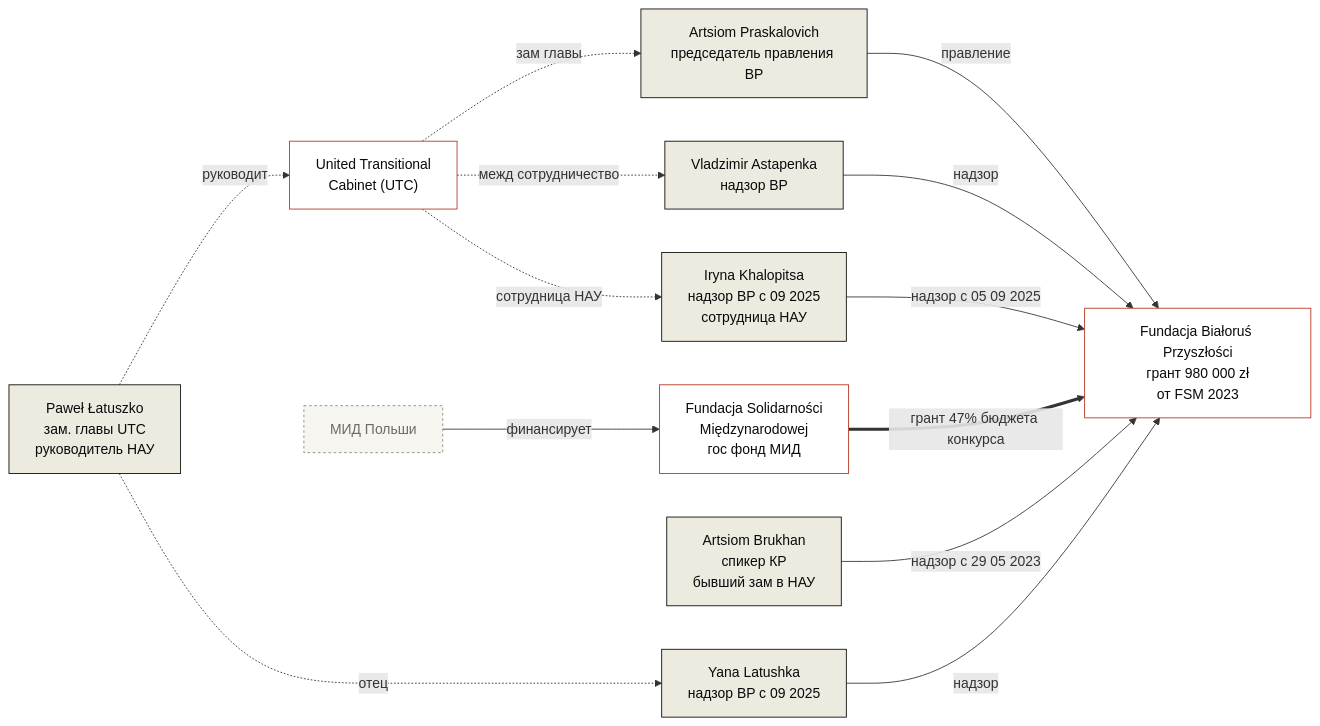
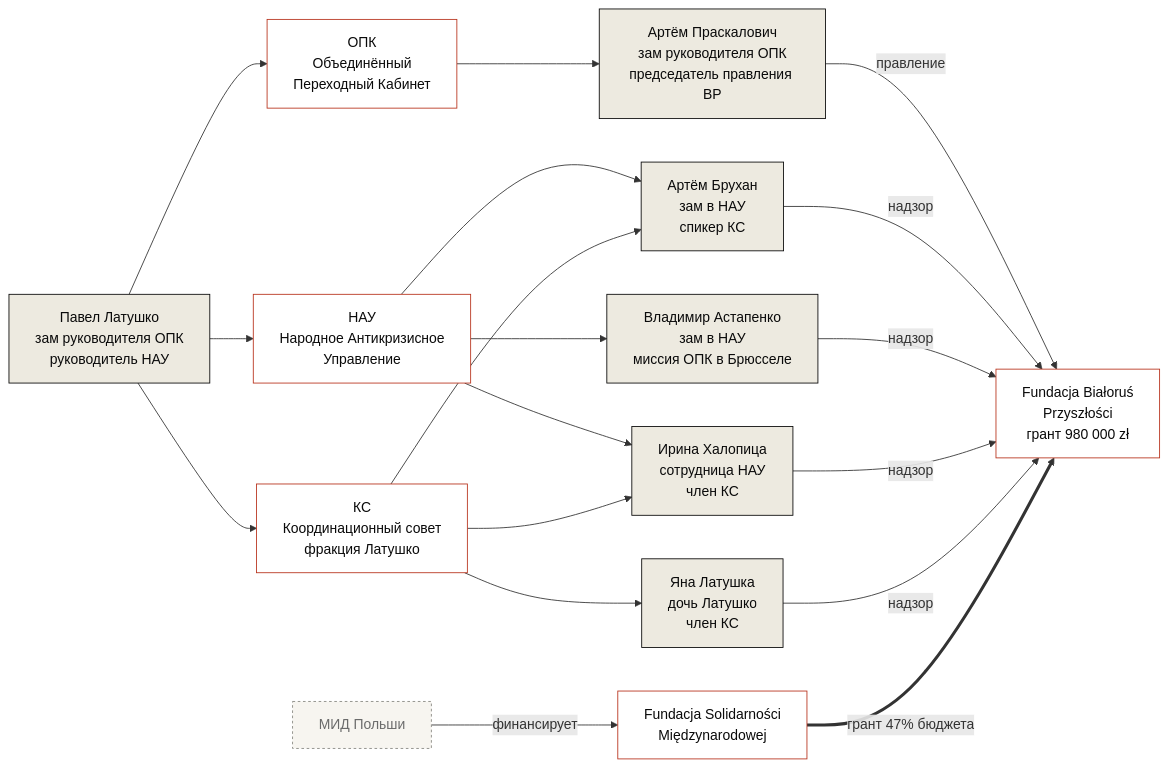
Before and after one commit to belarustransparency/belarus-transparency: the diagram in docs/ru/investigations/bialorus-przyszlosci-fsm.md, drawn with Mermaid. The commit also changed 2 other files, not shown here.

````diff
--- a/docs/ru/investigations/bialorus-przyszlosci-fsm.md
+++ b/docs/ru/investigations/bialorus-przyszlosci-fsm.md
@@ -163,34 +163,48 @@
 ```mermaid
 graph LR
-    PL["Paweł Łatuszko<br/>зам. главы UTC<br/>руководитель НАУ"]
-    OPK["United Transitional<br/>Cabinet (UTC)"]
-    BPZ["Fundacja Białoruś Przyszłości<br/>грант 980 000 zł<br/>от FSM 2023"]
-    FSM["Fundacja Solidarności<br/>Międzynarodowej<br/>гос фонд МИД"]
-    YL["Yana Latushka<br/>надзор BP с 09 2025"]
-    AP["Artsiom Praskalovich<br/>председатель правления BP"]
-    VA["Vladzimir Astapenka<br/>надзор BP"]
-    AB["Artsiom Brukhan<br/>спикер КР<br/>бывший зам в НАУ"]
-    IK["Iryna Khalopitsa<br/>надзор BP с 09 2025<br/>сотрудница НАУ"]
+    PL["Павел Латушко<br/>зам руководителя ОПК<br/>руководитель НАУ"]
+    NAU["НАУ<br/>Народное Антикризисное<br/>Управление"]
+    OPK["ОПК<br/>Объединённый<br/>Переходный Кабинет"]
+    KS["КС<br/>Координационный совет<br/>фракция Латушко"]
+
+    AP["Артём Праскалович<br/>зам руководителя ОПК<br/>председатель правления BP"]
+    AB["Артём Брухан<br/>зам в НАУ<br/>спикер КС"]
+    VA["Владимир Астапенко<br/>зам в НАУ<br/>миссия ОПК в Брюсселе"]
+    IK["Ирина Халопица<br/>сотрудница НАУ<br/>член КС"]
+    YL["Яна Латушка<br/>дочь Латушко<br/>член КС"]
+
+    BPZ["Fundacja Białoruś<br/>Przyszłości<br/>грант 980 000 zł"]
+    FSM["Fundacja Solidarności<br/>Międzynarodowej"]
     MSZ["МИД Польши"]
- 
-    PL -.руководит.-> OPK
-    PL -.отец.-> YL
-    OPK -.зам главы.-> AP
-    OPK -.межд сотрудничество.-> VA
-    OPK -.сотрудница НАУ.-> IK
+
+    PL --> NAU
+    PL --> OPK
+    PL --> KS
+
+    NAU --> AB
+    NAU --> VA
+    NAU --> IK
+
+    OPK --> AP
+
+    KS --> AB
+    KS --> YL
+    KS --> IK
+
     AP --правление--> BPZ
+    AB --надзор--> BPZ
     VA --надзор--> BPZ
+    IK --надзор--> BPZ
     YL --надзор--> BPZ
-    AB --надзор с 29 05 2023--> BPZ
-    IK --надзор с 05 09 2025--> BPZ
-    FSM ==грант 47% бюджета конкурса==> BPZ
+
+    FSM ==грант 47% бюджета==> BPZ
     MSZ --финансирует--> FSM
- 
+
     classDef person fill:#EDEAE0,stroke:#0A0A0A,stroke-width:1px,color:#0A0A0A;
     classDef org fill:#FFFFFF,stroke:#B8341E,stroke-width:1px,color:#0A0A0A;
     classDef money fill:#F7F5F0,stroke:#888780,stroke-width:1px,color:#6B6B6B,stroke-dasharray: 3 3;
- 
-    class PL,YL,AP,VA,AB,IK person;
-    class OPK,BPZ,FSM org;
+
+    class PL,AP,AB,VA,IK,YL person;
+    class NAU,OPK,KS,BPZ,FSM org;
     class MSZ money;
 ```
````
